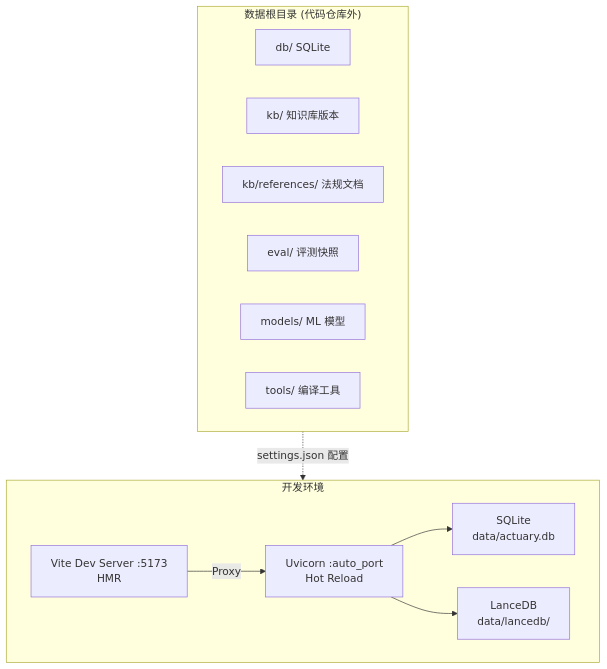
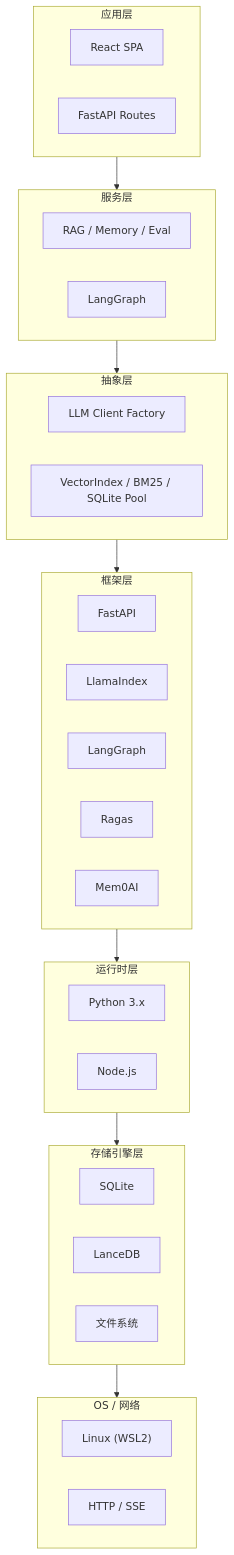
Diagram 13 of 14 in specs/architecture/architecture-4a.md (bleakplain/actuary-sleuth), drawn with Mermaid before and after one commit. The commit also changed other lines of this file, not shown here.

````diff
--- a/specs/architecture/architecture-4a.md
+++ b/specs/architecture/architecture-4a.md
@@ -484,22 +652,43 @@
 ```mermaid
 graph TB
-    subgraph Dev["开发环境"]
-        DevAPI["Uvicorn :auto_port<br/>Hot Reload"]
-        DevFE["Vite Dev Server :5173<br/>HMR"]
-        DevDB["SQLite<br/>data/actuary.db"]
-        DevVec["LanceDB<br/>data/lancedb/"]
-        DevAPI --> DevDB & DevVec
-        DevFE -->|"Proxy"| DevAPI
+    subgraph L7["应用层"]
+        FE2["React SPA"]
+        API2["FastAPI Routes"]
     end
 
-    subgraph DataRoot["数据根目录 (代码仓库外)"]
-        DR_DB["db/ SQLite"]
-        DR_KB["kb/ 知识库版本"]
-        DR_REF["kb/references/ 法规文档"]
-        DR_EVAL["eval/ 评测快照"]
-        DR_Models["models/ ML 模型"]
-        DR_Tools["tools/ 编译工具"]
+    subgraph L6["服务层"]
+        Engines2["RAG / Memory / Eval"]
+        Workflow2["LangGraph"]
     end
 
-    DataRoot -.->|"settings.json 配置"| Dev
+    subgraph L5["抽象层"]
+        LLM2["LLM Client Factory"]
+        Storage2["VectorIndex / BM25 / SQLite Pool"]
+    end
+
+    subgraph L4["框架层"]
+        FastAPI2["FastAPI"]
+        LlamaIndex2["LlamaIndex"]
+        LangGraph2["LangGraph"]
+        Ragas2["Ragas"]
+        Mem0AI2["Mem0AI"]
+    end
+
+    subgraph L3["运行时层"]
+        Python2["Python 3.x"]
+        Node2["Node.js"]
+    end
+
+    subgraph L2["存储引擎层"]
+        SQLite2["SQLite"]
+        LanceDB2["LanceDB"]
+        FS2["文件系统"]
+    end
+
+    subgraph L1["OS / 网络"]
+        OS2["Linux (WSL2)"]
+        Network2["HTTP / SSE"]
+    end
+
+    L7 --> L6 --> L5 --> L4 --> L3 --> L2 --> L1
 ```
````
